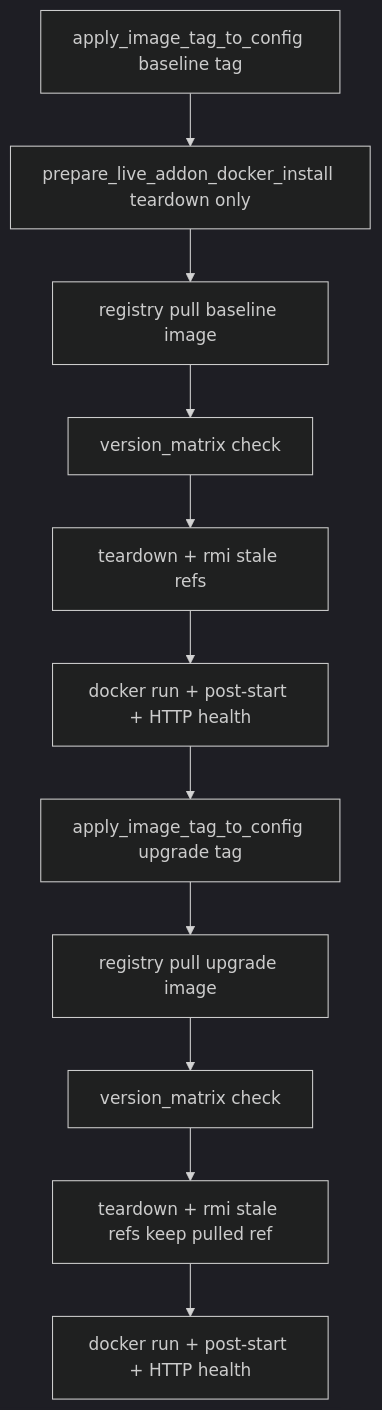
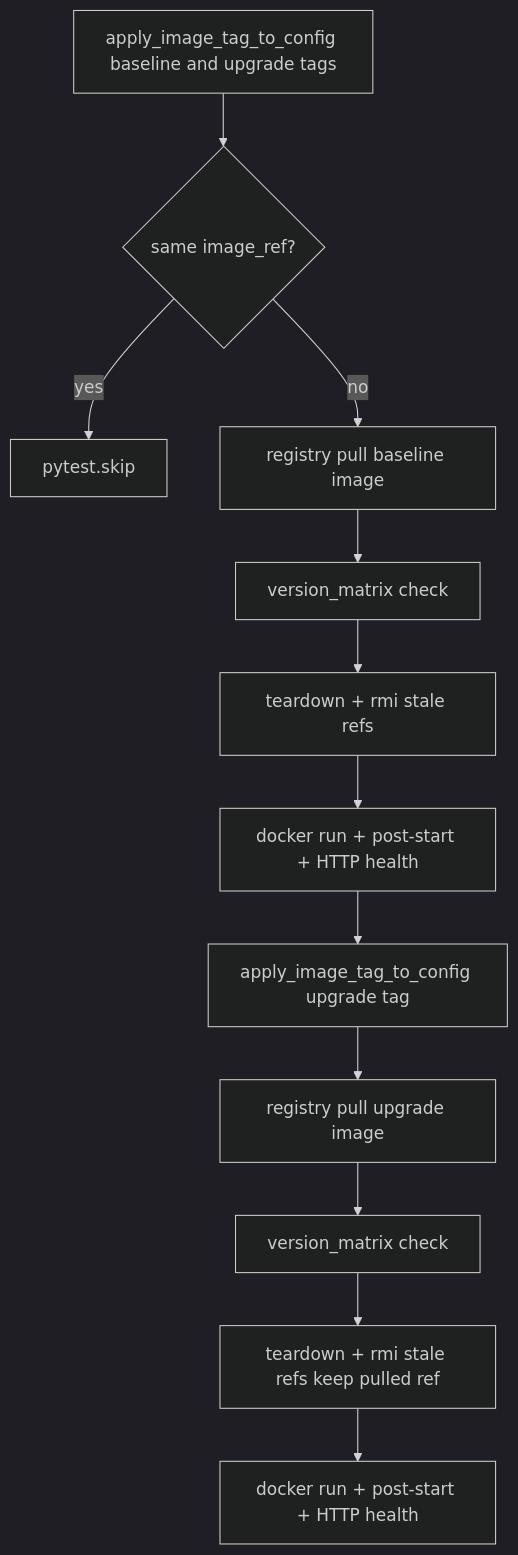
Before and after one commit to anamehra/sonic-mgmt: the second of 2 diagrams in sonic-mgmt/docs/testplan/live_addon_docker_hld.md, drawn with Mermaid (dark theme). The commit also changed other lines of this file and 1 other file, not shown here.

Commit message:
Avoid destructive skip paths in live-addon upgrade test.
Remove pre-test prepare teardown, compare baseline vs upgrade image_ref
before any DUT steps, and run finally cleanup only after baseline install
succeeds. Update HLD upgrade flow and skip timing to match.

````diff
--- a/sonic-mgmt/docs/testplan/live_addon_docker_hld.md
+++ b/sonic-mgmt/docs/testplan/live_addon_docker_hld.md
@@ -145,13 +145,14 @@
 ```mermaid
 flowchart TD
-    U0[apply_image_tag_to_config baseline tag] --> U0b[prepare_live_addon_docker_install teardown only]
-    U0b --> U1[registry pull baseline image]
+    U0[apply_image_tag_to_config baseline and upgrade tags] --> U0c{same image_ref?}
+    U0c -->|yes| Uskip[pytest.skip]
+    U0c -->|no| U1[registry pull baseline image]
     U1 --> U2[version_matrix check]
     U2 --> U3[teardown + rmi stale refs]
     U3 --> U4[docker run + post-start + HTTP health]
     U4 --> U5[apply_image_tag_to_config upgrade tag]
     U5 --> U6[registry pull upgrade image]
     U6 --> U7[version_matrix check]
     U7 --> U8[teardown + rmi stale refs keep pulled ref]
     U8 --> U9[docker run + post-start + HTTP health]
 ```
````
